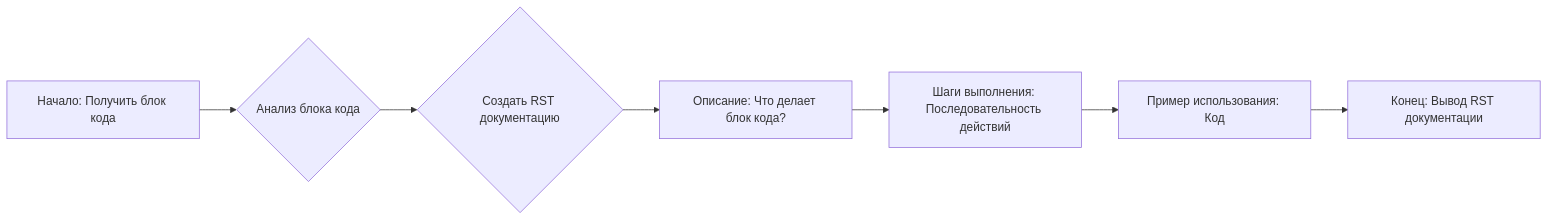
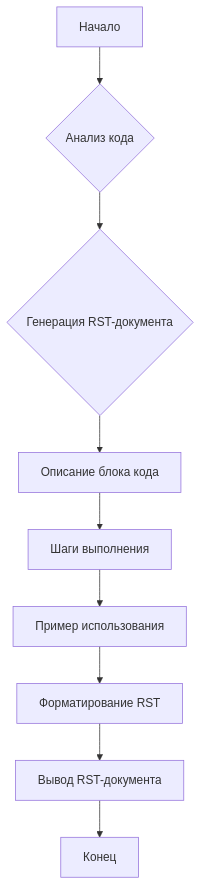
One commit to hypo69/hypo changed the first of 2 diagrams in docs/gemini/ru/explainer/src/ai/prompts/developer/how_to_writer_en.md.md. Above: the diagram before and after it, drawn with Mermaid. The commit also changed other lines of this file and 6031 other files, not shown here.

````diff
--- a/docs/gemini/ru/explainer/src/ai/prompts/developer/how_to_writer_en.md.md
+++ b/docs/gemini/ru/explainer/src/ai/prompts/developer/how_to_writer_en.md.md
@@ -10,9 +19,11 @@
 ```mermaid
-graph LR
-    A[Начало: Получить блок кода] --> B{Анализ блока кода};
-    B --> C{Создать RST документацию};
-    C --> D[Описание: Что делает блок кода?];
-    D --> E[Шаги выполнения: Последовательность действий];
-    E --> F[Пример использования: Код];
-    F --> G[Конец: Вывод RST документации];
+flowchart TD
+    A[Начало] --> B{Анализ кода};
+    B --> C{Генерация RST-документа};
+    C --> D[Описание блока кода];
+    D --> E[Шаги выполнения];
+    E --> F[Пример использования];
+    F --> G[Форматирование RST];
+    G --> H[Вывод RST-документа];
+    H --> I[Конец];
 ```
````
